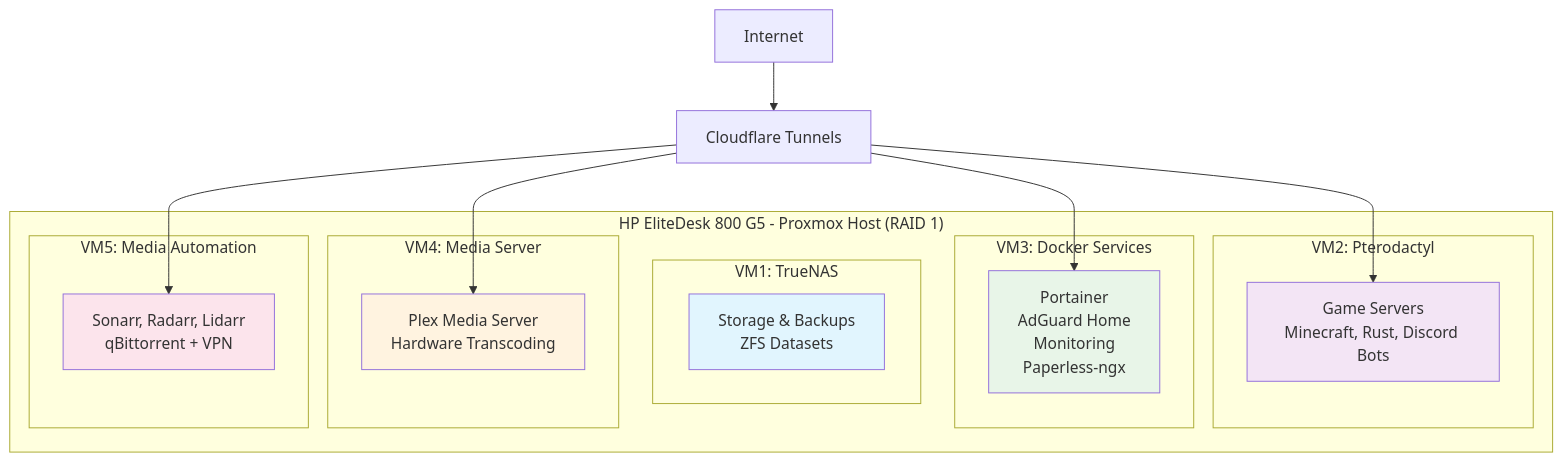
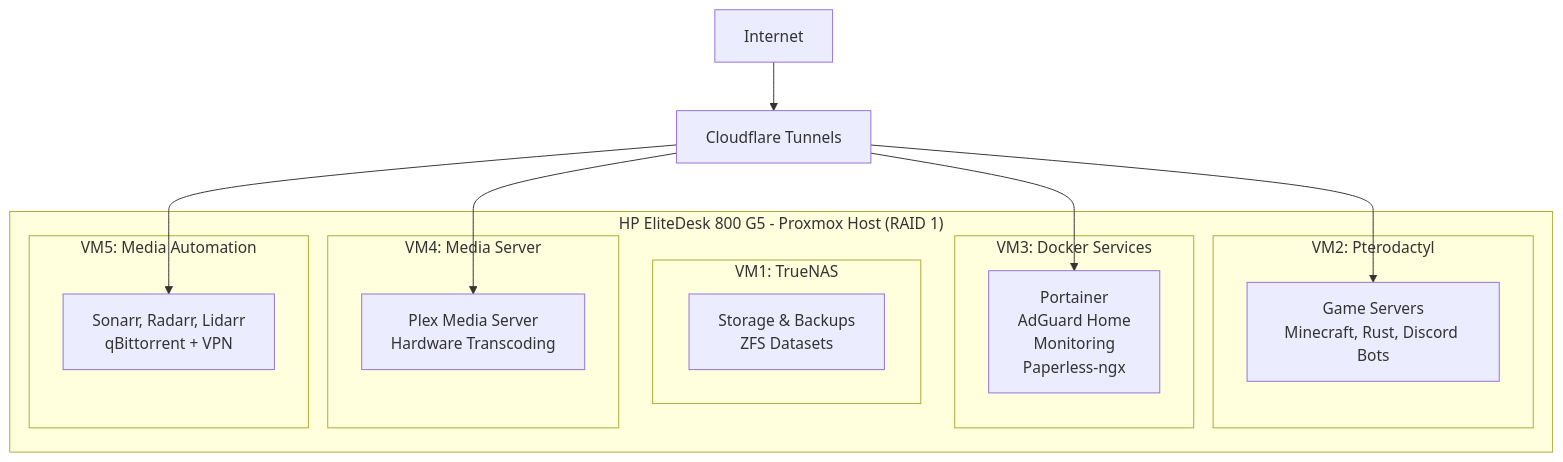
The diagram in README.md (TehZombiJesus/home-lab-setup), drawn with Mermaid before and after one commit.

````diff
--- a/README.md
+++ b/README.md
@@ -19,37 +19,31 @@
 ```mermaid
 graph TB
     subgraph "HP EliteDesk 800 G5 - Proxmox Host (RAID 1)"
         subgraph "VM1: TrueNAS"
             A[Storage & Backups<br/>ZFS Datasets]
         end
         
         subgraph "VM2: Pterodactyl"
             B[Game Servers<br/>Minecraft, Rust, Discord Bots]
         end
         
         subgraph "VM3: Docker Services"
             C[Portainer<br/>AdGuard Home<br/>Monitoring<br/>Paperless-ngx]
         end
         
         subgraph "VM4: Media Server"
             D[Plex Media Server<br/>Hardware Transcoding]
         end
         
         subgraph "VM5: Media Automation"
             E[Sonarr, Radarr, Lidarr<br/>qBittorrent + VPN]
         end
     end
     
     F[Cloudflare Tunnels] --> B
     F --> C
     F --> D
     F --> E
     
     H[Internet] --> F
-    
-    style A fill:#e1f5fe
-    style B fill:#f3e5f5
-    style C fill:#e8f5e8
-    style D fill:#fff3e0
-    style E fill:#fce4ec
 ```
````
